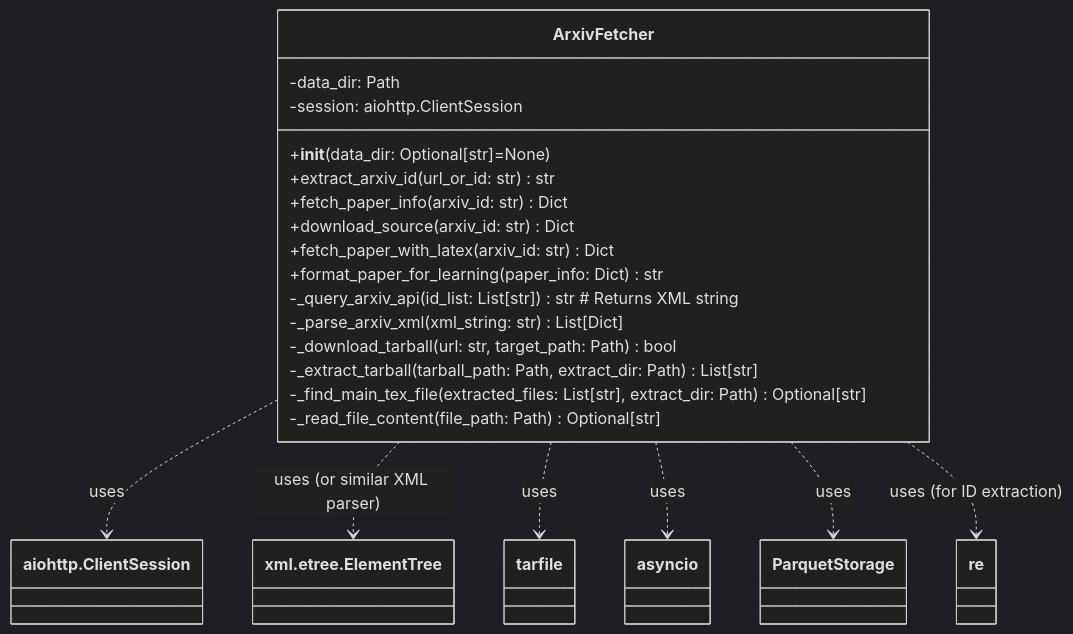
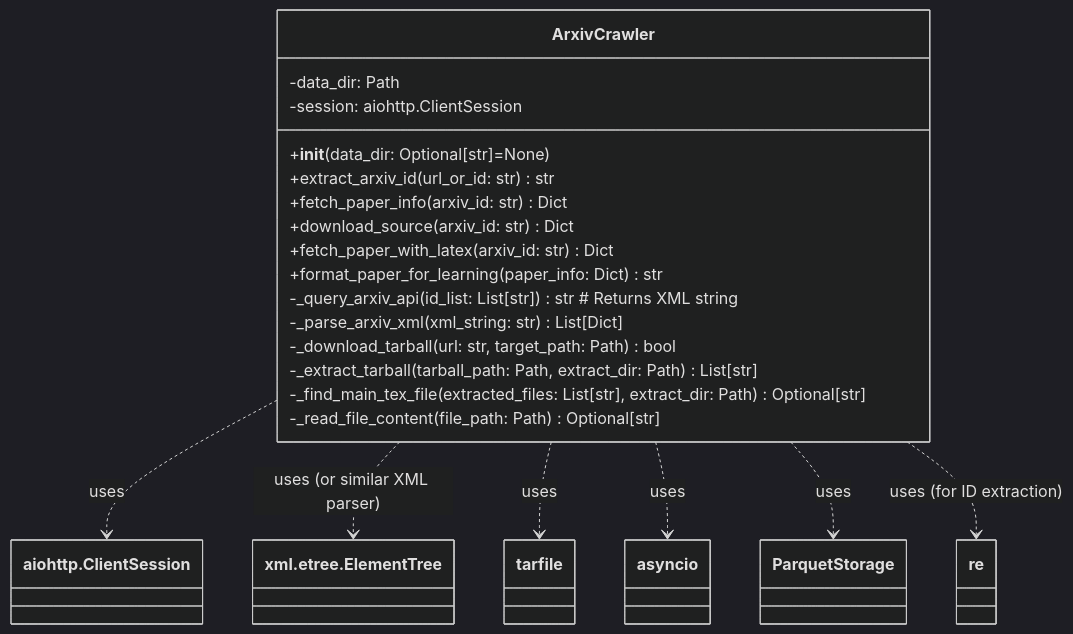
Before and after one commit to Ollama-Agent-Roll-Cage/oarc-crawlers: diagram 22 of 25 in docs/Crawlers.md, drawn with Mermaid (dark theme). The commit also changed other lines of this file and 6 other files, not shown here.

````diff
--- a/docs/Crawlers.md
+++ b/docs/Crawlers.md
@@ -731,26 +732,26 @@
 ```mermaid
 classDiagram
-    class ArxivFetcher {
+    class ArxivCrawler {
         -data_dir: Path
         -session: aiohttp.ClientSession
         +__init__(data_dir: Optional[str]=None)
         +extract_arxiv_id(url_or_id: str) str
         +fetch_paper_info(arxiv_id: str) Dict
         +download_source(arxiv_id: str) Dict
         +fetch_paper_with_latex(arxiv_id: str) Dict
         +format_paper_for_learning(paper_info: Dict) str
         -_query_arxiv_api(id_list: List[str]) str # Returns XML string
         -_parse_arxiv_xml(xml_string: str) List[Dict]
         -_download_tarball(url: str, target_path: Path) bool
         -_extract_tarball(tarball_path: Path, extract_dir: Path) List[str]
         -_find_main_tex_file(extracted_files: List[str], extract_dir: Path) Optional[str]
         -_read_file_content(file_path: Path) Optional[str]
     }
 
-    ArxivFetcher ..> aiohttp.ClientSession : uses
-    ArxivFetcher ..> xml.etree.ElementTree : uses (or similar XML parser)
-    ArxivFetcher ..> tarfile : uses
-    ArxivFetcher ..> asyncio : uses
-    ArxivFetcher ..> ParquetStorage : uses
-    ArxivFetcher ..> re : uses (for ID extraction)
+    ArxivCrawler ..> aiohttp.ClientSession : uses
+    ArxivCrawler ..> xml.etree.ElementTree : uses (or similar XML parser)
+    ArxivCrawler ..> tarfile : uses
+    ArxivCrawler ..> asyncio : uses
+    ArxivCrawler ..> ParquetStorage : uses
+    ArxivCrawler ..> re : uses (for ID extraction)
 ```
````
